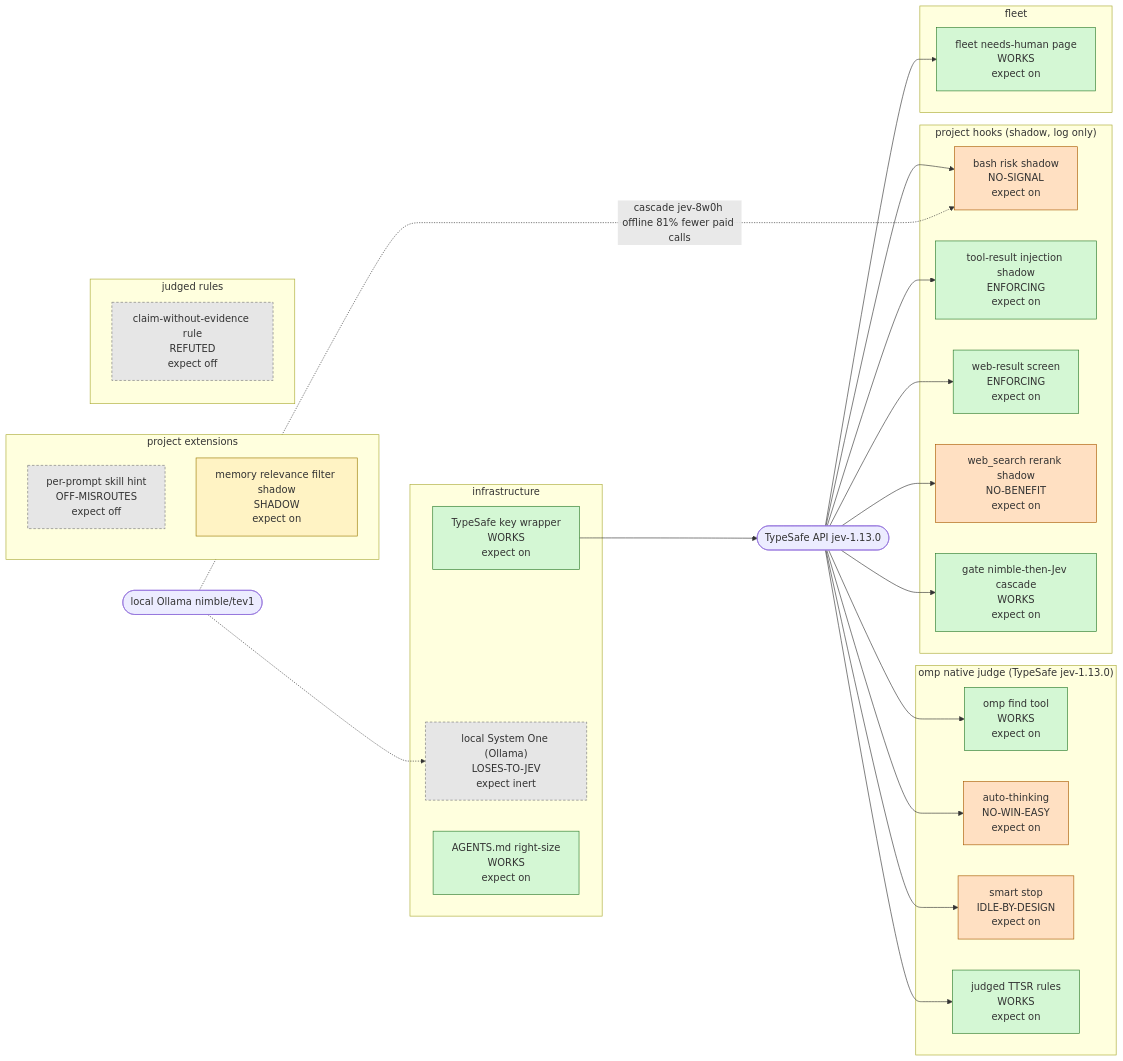
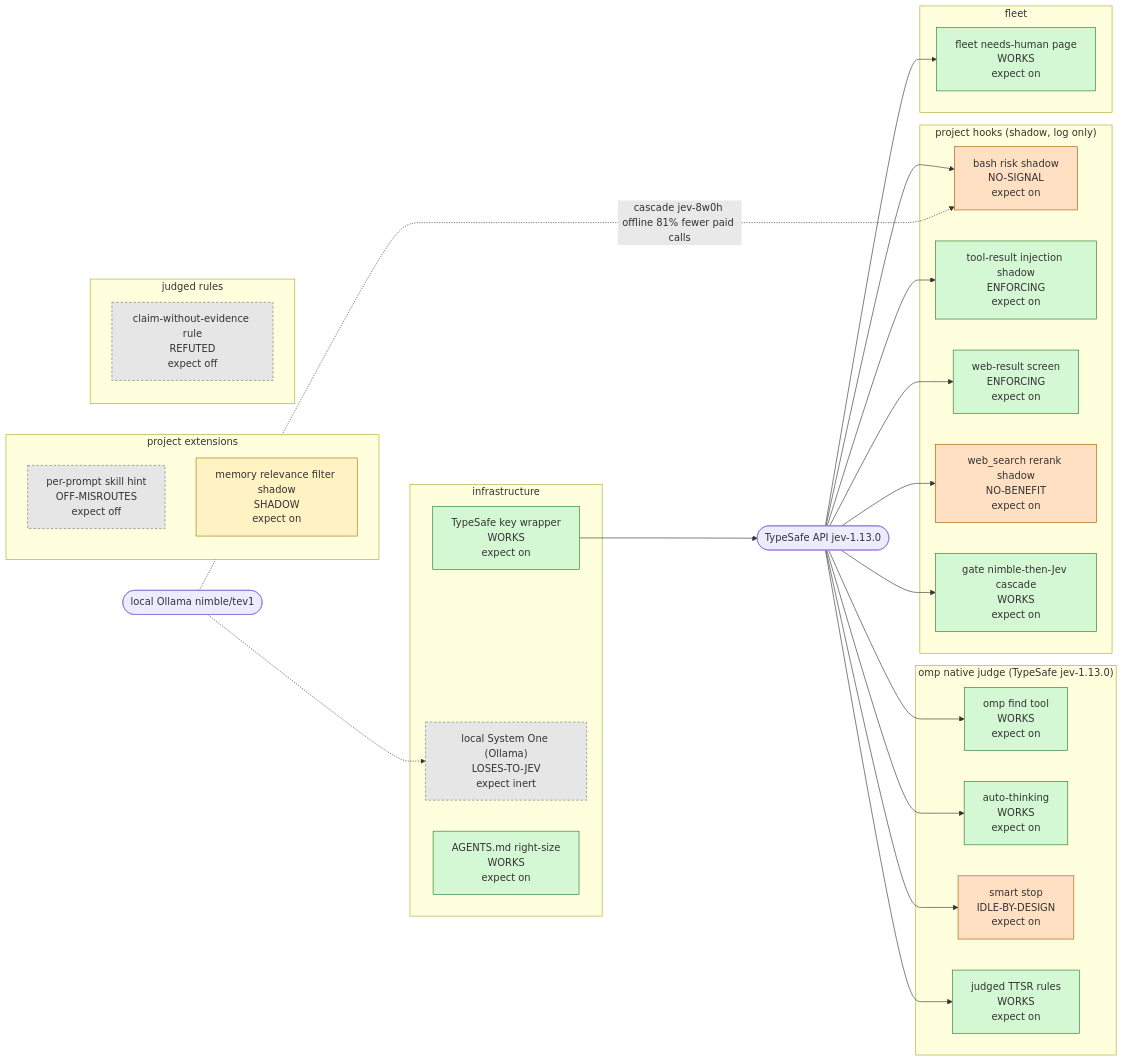
Before and after one commit to JYeswak/jev_playground: the diagram in work/jev-inventory/goldens/inventory-structure.mmd, drawn with Mermaid. The commit also changed 1 other file, not shown here.

Commit message:
data(jev-inventory): auto-thinking WORKS per verified jev-8qu6 (14/16 vs 13/16, 16% cheaper) [test]

```diff
--- a/work/jev-inventory/goldens/inventory-structure.mmd
+++ b/work/jev-inventory/goldens/inventory-structure.mmd
@@ -1,52 +1,52 @@
 flowchart LR
   JEV(["TypeSafe API jev-1.13.0"])
   LOCAL(["local Ollama nimble/tev1"])
   subgraph native["omp native judge (TypeSafe jev-1.13.0)"]
     find["omp find tool<br/>WORKS<br/>expect on"]
-    auto_thinking["auto-thinking<br/>NO-WIN-EASY<br/>expect on"]
+    auto_thinking["auto-thinking<br/>WORKS<br/>expect on"]
     smart_stop["smart stop<br/>IDLE-BY-DESIGN<br/>expect on"]
     ttsr_judged["judged TTSR rules<br/>WORKS<br/>expect on"]
   end
   subgraph hook["project hooks (shadow, log only)"]
     gate_observe["bash risk shadow<br/>NO-SIGNAL<br/>expect on"]
     injection_shadow["tool-result injection shadow<br/>ENFORCING<br/>expect on"]
     webscreen["web-result screen<br/>ENFORCING<br/>expect on"]
     websearch_rerank["web_search rerank shadow<br/>NO-BENEFIT<br/>expect on"]
     gate_cascade["gate nimble-then-Jev cascade<br/>WORKS<br/>expect on"]
   end
   subgraph extension["project extensions"]
     skill_hint["per-prompt skill hint<br/>OFF-MISROUTES<br/>expect off"]
     memory_filter["memory relevance filter shadow<br/>SHADOW<br/>expect on"]
   end
   subgraph rule["judged rules"]
     claim_rule["claim-without-evidence rule<br/>REFUTED<br/>expect off"]
   end
   subgraph fleet["fleet"]
     needs_human["fleet needs-human page<br/>WORKS<br/>expect on"]
   end
   subgraph infra["infrastructure"]
     key_wrapper["TypeSafe key wrapper<br/>WORKS<br/>expect on"]
     local_sys1["local System One (Ollama)<br/>LOSES-TO-JEV<br/>expect inert"]
     agents_trim["AGENTS.md right-size<br/>WORKS<br/>expect on"]
   end
   JEV --> find
   JEV --> auto_thinking
   JEV --> smart_stop
   JEV --> ttsr_judged
   JEV --> gate_observe
   JEV --> injection_shadow
   JEV --> webscreen
   JEV --> websearch_rerank
   JEV --> needs_human
   LOCAL -.-> local_sys1
   JEV --> gate_cascade
   LOCAL -. cascade jev-8w0h offline 81% fewer paid calls .-> gate_observe
   key_wrapper --> JEV
   classDef works fill:#d4f7d4,stroke:#2a7a2a
   classDef unproven fill:#fff3c4,stroke:#9a7a00
   classDef nobenefit fill:#ffe0c2,stroke:#a85a00
   classDef off fill:#e6e6e6,stroke:#777,stroke-dasharray:4 3
-  class auto_thinking,smart_stop,gate_observe,websearch_rerank nobenefit
+  class smart_stop,gate_observe,websearch_rerank nobenefit
   class skill_hint,claim_rule,local_sys1 off
   class memory_filter unproven
-  class find,ttsr_judged,injection_shadow,webscreen,needs_human,key_wrapper,agents_trim,gate_cascade works
+  class find,auto_thinking,ttsr_judged,injection_shadow,webscreen,needs_human,key_wrapper,agents_trim,gate_cascade works
```
